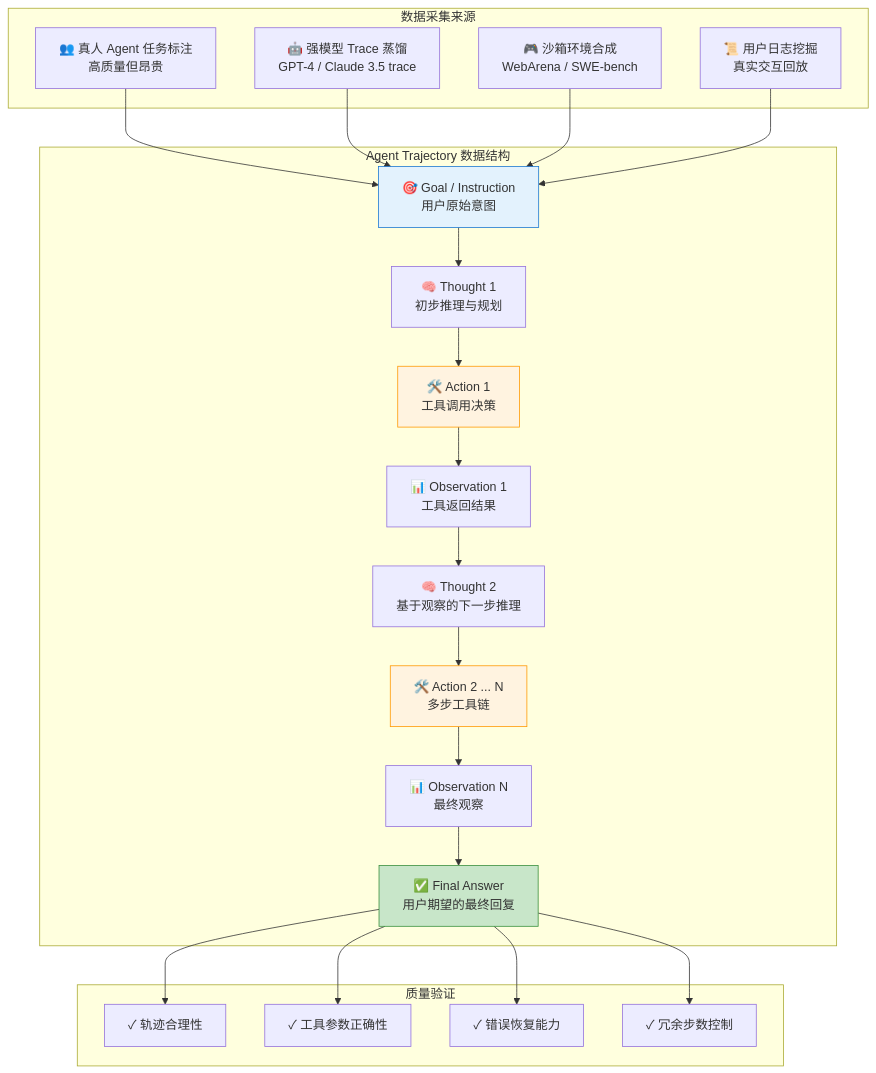
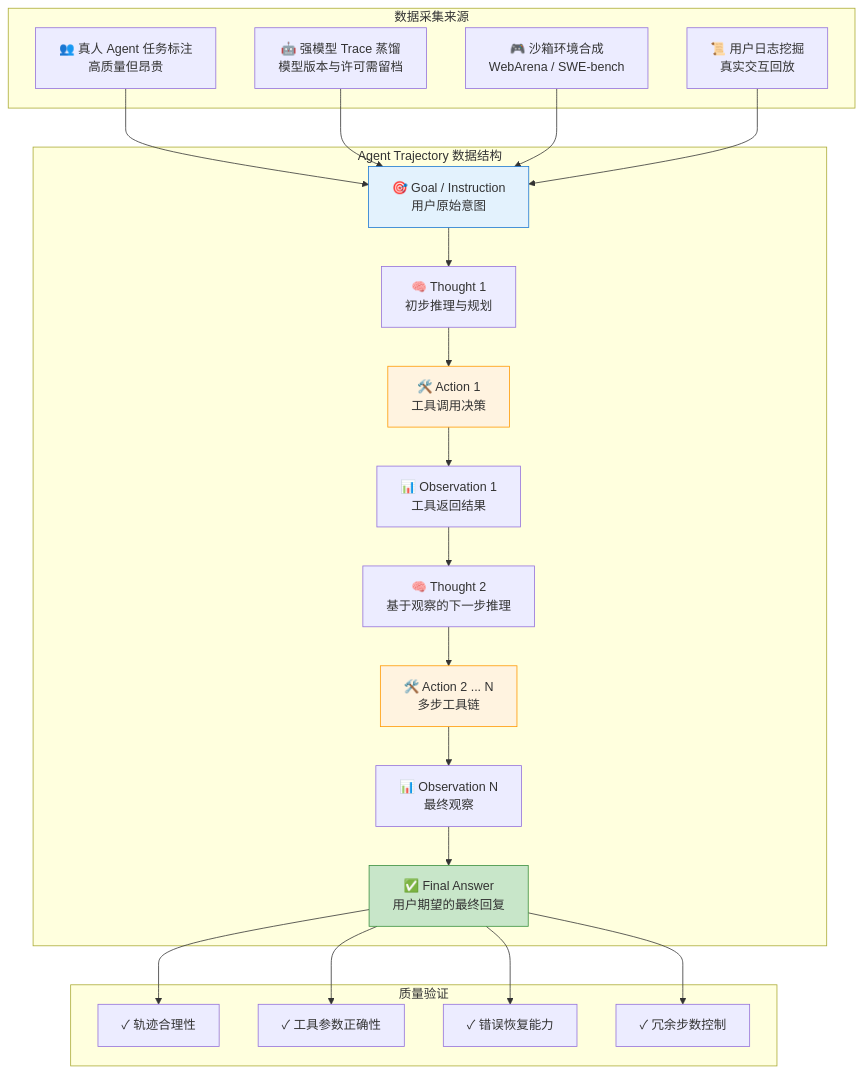
One commit to BeefWrap4/LLM-Knowledge-Base changed the fifth of 6 diagrams in 22_大模型数据工程.md. Above: the diagram before and after it, drawn with Mermaid. The commit also changed other lines of this file and 454 other files, not shown here.

````diff
--- a/22_大模型数据工程.md
+++ b/22_大模型数据工程.md
@@ -1055,49 +1077,49 @@
 ```mermaid
 graph TB
     subgraph "Agent Trajectory 数据结构"
         T1["🎯 Goal / Instruction<br/>用户原始意图"]
         T2["🧠 Thought 1<br/>初步推理与规划"]
         T3["🛠️ Action 1<br/>工具调用决策"]
         T4["📊 Observation 1<br/>工具返回结果"]
         T5["🧠 Thought 2<br/>基于观察的下一步推理"]
         T6["🛠️ Action 2 ... N<br/>多步工具链"]
         T7["📊 Observation N<br/>最终观察"]
         T8["✅ Final Answer<br/>用户期望的最终回复"]
 
         T1 --> T2
         T2 --> T3
         T3 --> T4
         T4 --> T5
         T5 --> T6
         T6 --> T7
         T7 --> T8
     end
 
     subgraph "数据采集来源"
         S1["👥 真人 Agent 任务标注<br/>高质量但昂贵"]
-        S2["🤖 强模型 Trace 蒸馏<br/>GPT-4 / Claude 3.5 trace"]
+        S2["🤖 强模型 Trace 蒸馏<br/>模型版本与许可需留档"]
         S3["🎮 沙箱环境合成<br/>WebArena / SWE-bench"]
         S4["📜 用户日志挖掘<br/>真实交互回放"]
     end
 
     subgraph "质量验证"
         Q1["✓ 轨迹合理性"]
         Q2["✓ 工具参数正确性"]
         Q3["✓ 错误恢复能力"]
         Q4["✓ 冗余步数控制"]
     end
 
     S1 --> T1
     S2 --> T1
     S3 --> T1
     S4 --> T1
     T8 --> Q1
     T8 --> Q2
     T8 --> Q3
     T8 --> Q4
 
     style T1 fill:#e3f2fd,stroke:#1976d2
     style T8 fill:#c8e6c9,stroke:#388e3c
     style T3 fill:#fff3e0,stroke:#ff9800
     style T6 fill:#fff3e0,stroke:#ff9800
 ```
````
